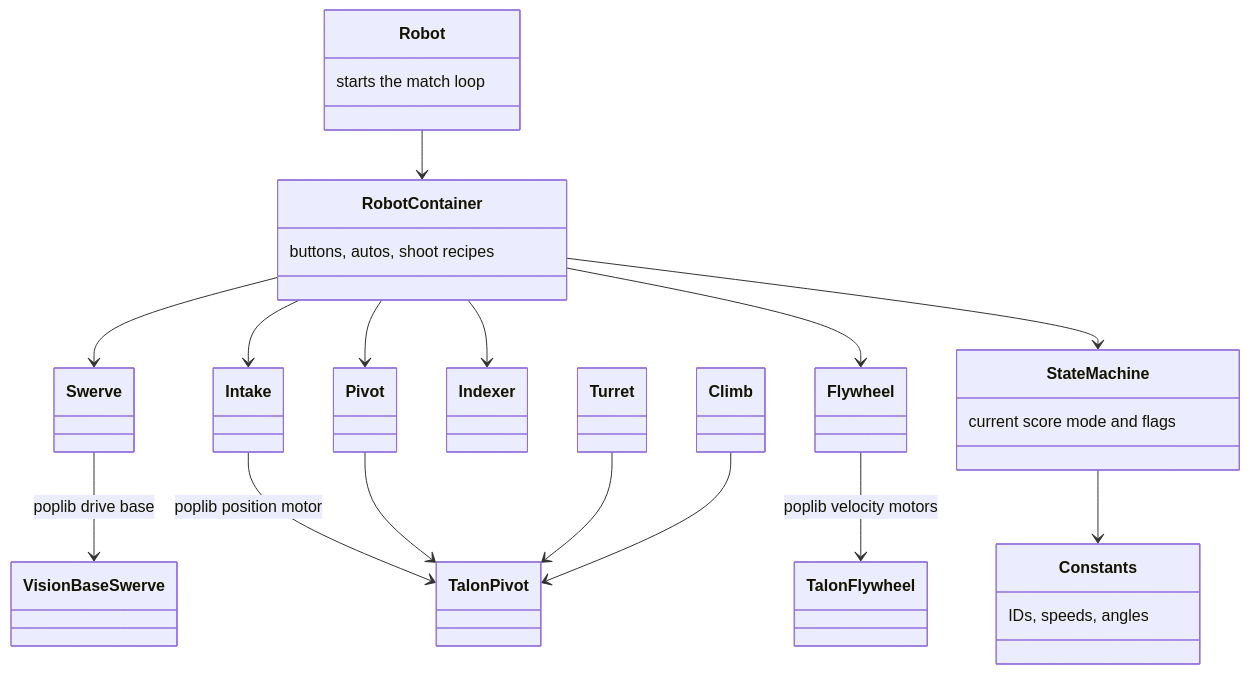
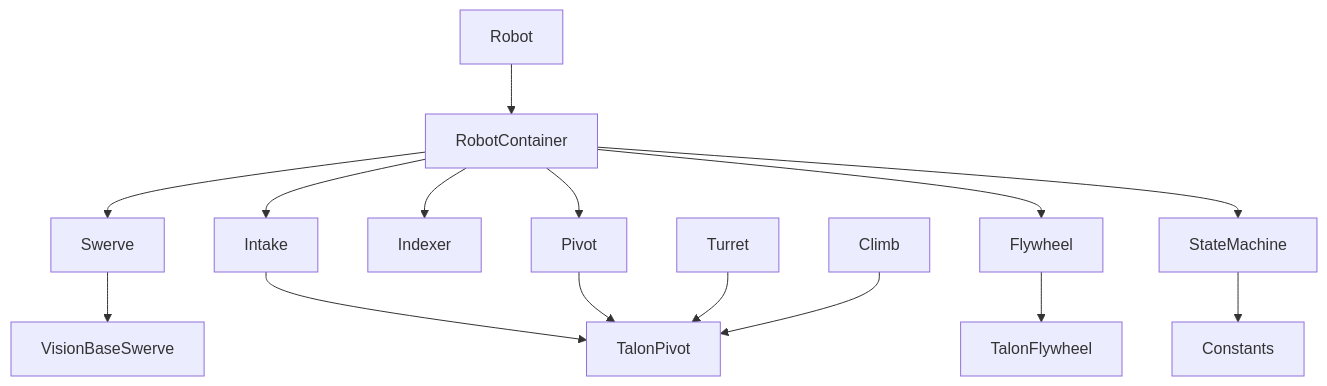
The second of 4 diagrams in README.md (bemnet4u/frc2026), drawn with Mermaid before and after one commit. The commit also changed other lines of this file, not shown here.

Commit message:
Simplify README Mermaid diagrams so they render in preview.

````diff
--- a/README.md
+++ b/README.md
@@ -114,37 +114,17 @@
 ```mermaid
-classDiagram
-    class Robot {
-        starts the match loop
-    }
-    class RobotContainer {
-        buttons, autos, shoot recipes
-    }
-    class Constants {
-        IDs, speeds, angles
-    }
-    class StateMachine {
-        current score mode and flags
-    }
-    class Swerve
-    class Intake
-    class Indexer
-    class Pivot
-    class Flywheel
-    class Turret
-    class Climb
-
+flowchart TB
     Robot --> RobotContainer
     RobotContainer --> Swerve
     RobotContainer --> Intake
     RobotContainer --> Indexer
     RobotContainer --> Pivot
     RobotContainer --> Flywheel
     RobotContainer --> StateMachine
     StateMachine --> Constants
-    Swerve --> VisionBaseSwerve : poplib drive base
-    Intake --> TalonPivot : poplib position motor
+    Swerve --> VisionBaseSwerve
+    Intake --> TalonPivot
     Pivot --> TalonPivot
     Turret --> TalonPivot
     Climb --> TalonPivot
-    Flywheel --> TalonFlywheel : poplib velocity motors
+    Flywheel --> TalonFlywheel
 ```
````
